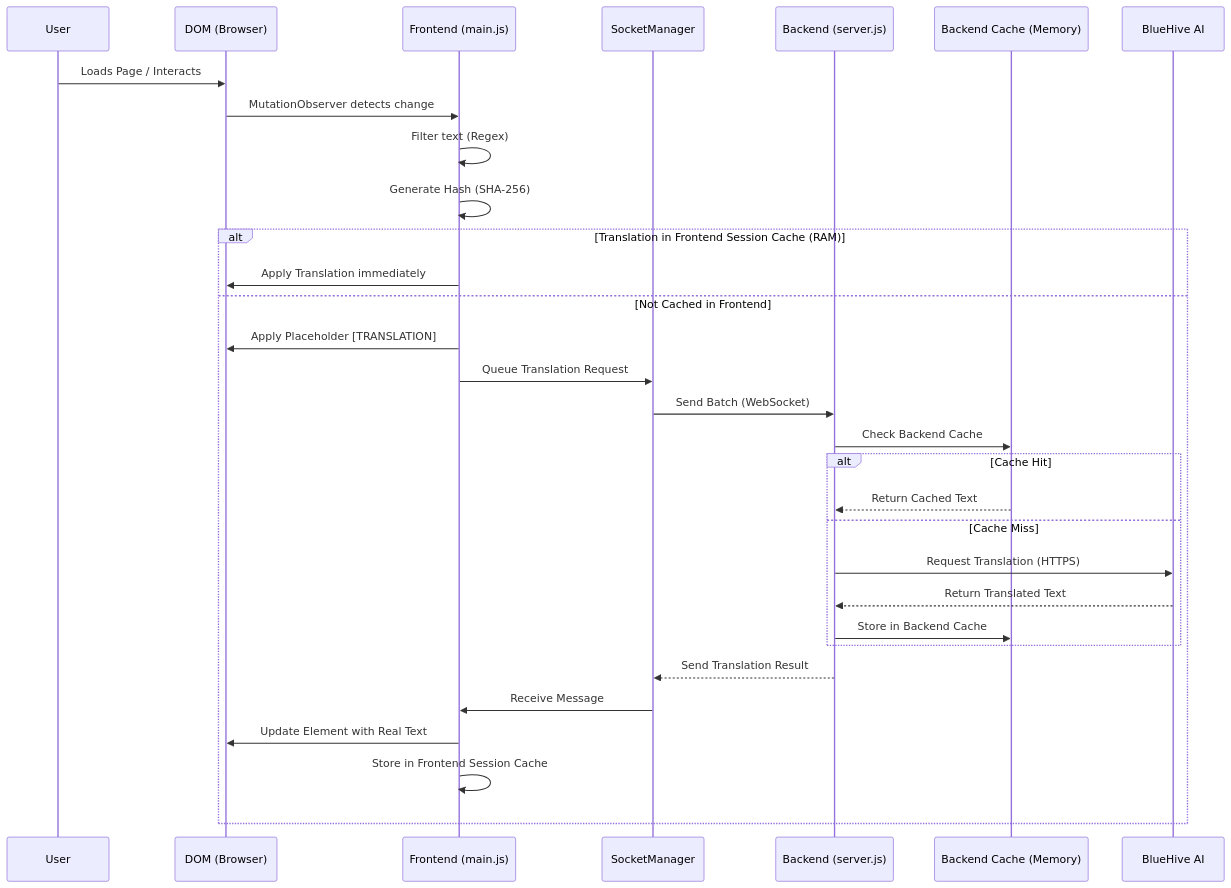
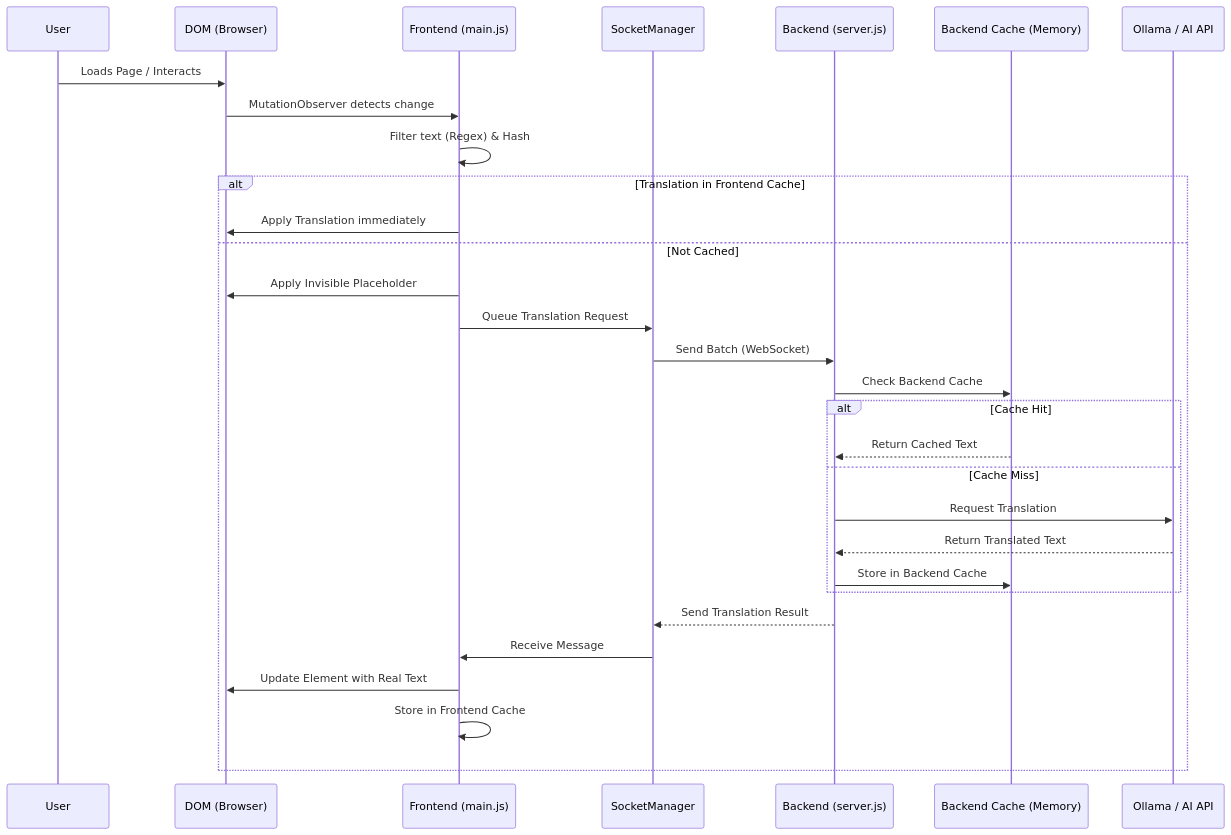
One commit to HrithikMani/mie-ollama-translate changed the diagram in README.md. Above: the diagram before and after it, drawn with Mermaid. The commit also changed other lines of this file, not shown here.

````diff
--- a/README.md
+++ b/README.md
@@ -56,37 +66,36 @@
 ```mermaid
 sequenceDiagram
     participant User
     participant DOM as DOM (Browser)
     participant MainJS as Frontend (main.js)
     participant Socket as SocketManager
     participant Server as Backend (server.js)
     participant Cache as Backend Cache (Memory)
-    participant AI as BlueHive AI
+    participant AI as Ollama / AI API
 
     User->>DOM: Loads Page / Interacts
     DOM->>MainJS: MutationObserver detects change
-    MainJS->>MainJS: Filter text (Regex)
-    MainJS->>MainJS: Generate Hash (SHA-256)
+    MainJS->>MainJS: Filter text (Regex) & Hash
     
-    alt Translation in Frontend Session Cache (RAM)
+    alt Translation in Frontend Cache
         MainJS->>DOM: Apply Translation immediately
-    else Not Cached in Frontend
-        MainJS->>DOM: Apply Placeholder [TRANSLATION]
+    else Not Cached
+        MainJS->>DOM: Apply Invisible Placeholder
         MainJS->>Socket: Queue Translation Request
         Socket->>Server: Send Batch (WebSocket)
         
         Server->>Cache: Check Backend Cache
         alt Cache Hit
             Cache-->>Server: Return Cached Text
         else Cache Miss
-            Server->>AI: Request Translation (HTTPS)
+            Server->>AI: Request Translation
             AI-->>Server: Return Translated Text
             Server->>Cache: Store in Backend Cache
         end
         
         Server-->>Socket: Send Translation Result
         Socket->>MainJS: Receive Message
         MainJS->>DOM: Update Element with Real Text
-        MainJS->>MainJS: Store in Frontend Session Cache
+        MainJS->>MainJS: Store in Frontend Cache
     end
 ```
````
